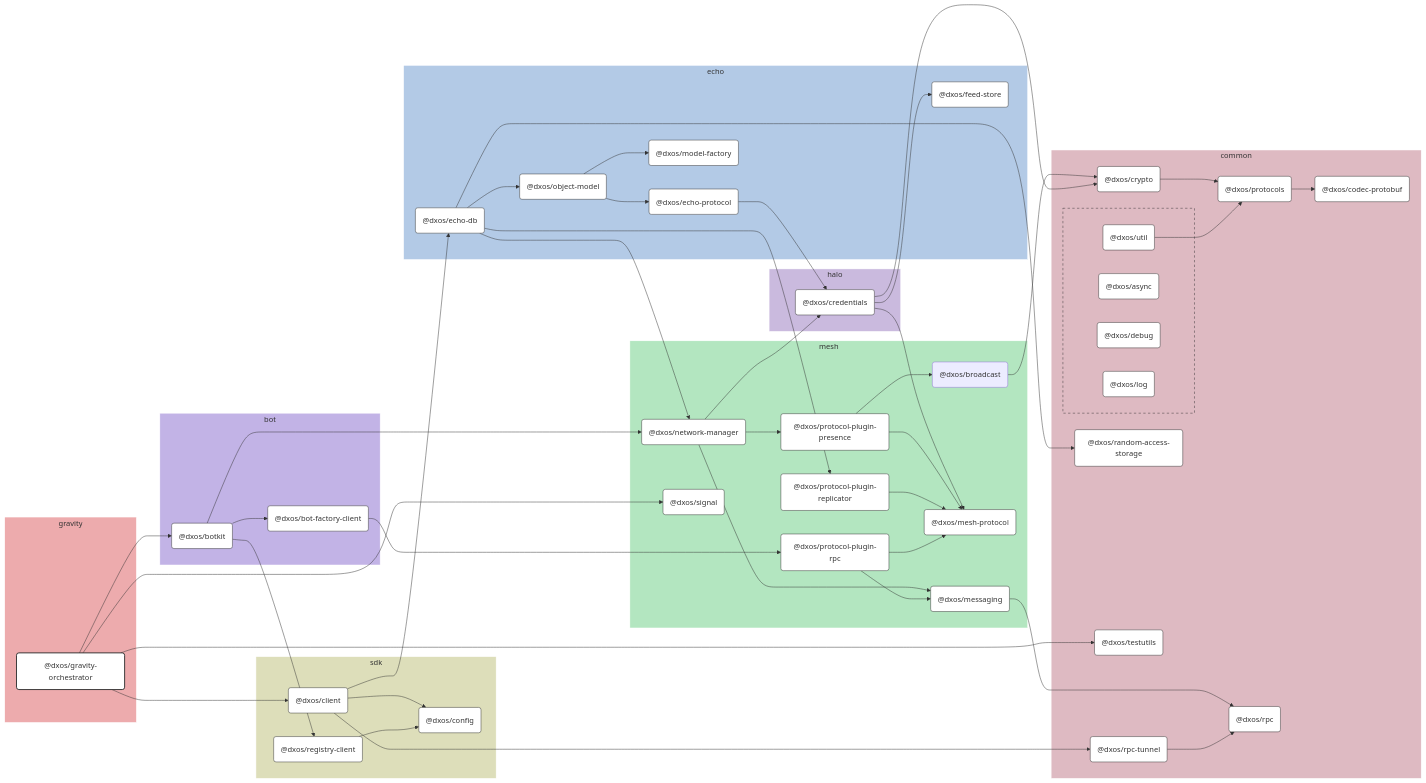
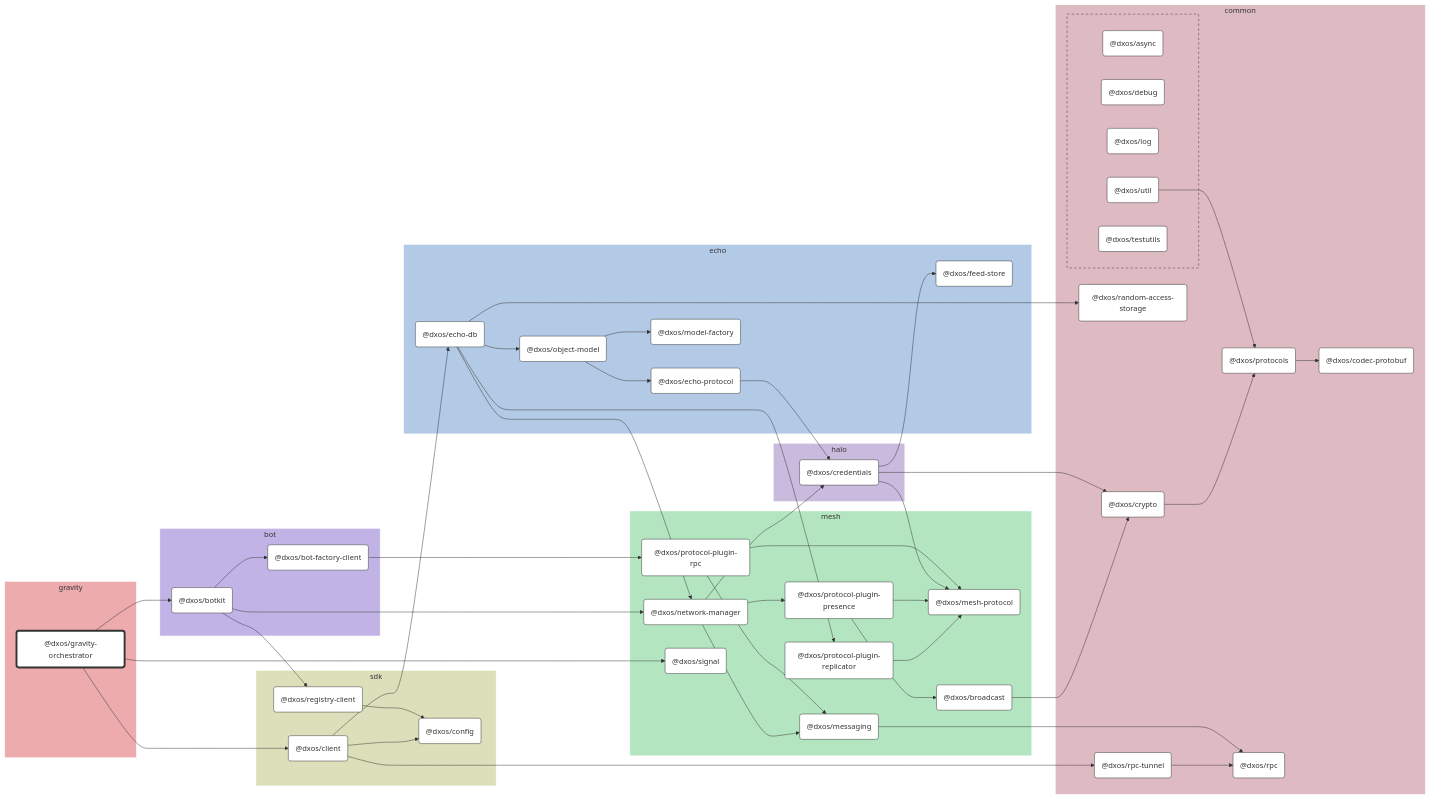
One commit to dxos/dxos changed the diagram in packages/gravity/orchestrator/docs/README.md. Above: the diagram before and after it, drawn with Mermaid. The commit also changed other lines of this file and 104 other files, not shown here.

````diff
--- a/packages/gravity/orchestrator/docs/README.md
+++ b/packages/gravity/orchestrator/docs/README.md
@@ -9,182 +9,141 @@
 
 flowchart LR
 
-%% Links
-dxos/bot-factory-client --> dxos/protocol-plugin-rpc;
-dxos/botkit --> dxos/bot-factory-client;
-dxos/botkit --> dxos/network-manager;
-dxos/botkit --> dxos/registry-client;
-dxos/broadcast --> dxos/crypto;
-dxos/client --> dxos/config;
-dxos/client --> dxos/echo-db;
-dxos/client --> dxos/rpc-tunnel;
-dxos/credentials --> dxos/crypto;
-dxos/credentials --> dxos/feed-store;
-dxos/credentials --> dxos/mesh-protocol;
-dxos/crypto --> dxos/protocols;
-dxos/echo-db --> dxos/network-manager;
-dxos/echo-db --> dxos/object-model;
-dxos/echo-db --> dxos/protocol-plugin-replicator;
-dxos/echo-db --> dxos/random-access-storage;
-dxos/echo-protocol --> dxos/credentials;
-dxos/gravity-orchestrator --> dxos/botkit;
-dxos/gravity-orchestrator --> dxos/client;
-dxos/gravity-orchestrator --> dxos/signal;
-dxos/gravity-orchestrator --> dxos/testutils;
-dxos/messaging --> dxos/rpc;
-dxos/network-manager --> dxos/credentials;
-dxos/network-manager --> dxos/messaging;
-dxos/network-manager --> dxos/protocol-plugin-presence;
-dxos/object-model --> dxos/echo-protocol;
-dxos/object-model --> dxos/model-factory;
-dxos/protocol-plugin-presence --> dxos/broadcast;
-dxos/protocol-plugin-presence --> dxos/mesh-protocol;
-dxos/protocol-plugin-replicator --> dxos/mesh-protocol;
-dxos/protocol-plugin-rpc --> dxos/mesh-protocol;
-dxos/protocol-plugin-rpc --> dxos/messaging;
-dxos/protocols --> dxos/codec-protobuf;
-dxos/registry-client --> dxos/config;
-dxos/rpc-tunnel --> dxos/rpc;
-dxos/util --> dxos/protocols;
+%% Classes
+classDef def fill:#fff,stroke:#333,stroke-width:1px
+classDef root fill:#fff,stroke:#333,stroke-width:4px
 
-%% Sections
-subgraph gravity
-  style gravity fill:#edabad,stroke:#fff;
+%% Nodes
 
-  dxos/gravity-orchestrator("@dxos/gravity-orchestrator")
+subgraph gravity [gravity]
+  style gravity fill:#edabad,stroke:#fff
+  dxos/gravity-orchestrator("@dxos/gravity-orchestrator"):::root
+  click dxos/gravity-orchestrator "dxos/dxos/tree/main/packages/gravity/orchestrator/docs"
 end
 
-subgraph bot
-  style bot fill:#c2b3e6,stroke:#fff;
-
-  dxos/bot-factory-client("@dxos/bot-factory-client")
-  dxos/botkit("@dxos/botkit")
+subgraph bot [bot]
+  style bot fill:#c2b3e6,stroke:#fff
+  dxos/bot-factory-client("@dxos/bot-factory-client"):::def
+  click dxos/bot-factory-client "dxos/dxos/tree/main/packages/bot/bot-factory-client/docs"
+  dxos/botkit("@dxos/botkit"):::def
+  click dxos/botkit "dxos/dxos/tree/main/packages/bot/botkit/docs"
 end
 
-subgraph common
-  style common fill:#debac2,stroke:#fff;
-
-  dxos/codec-protobuf("@dxos/codec-protobuf")
-  dxos/crypto("@dxos/crypto")
-  dxos/protocols("@dxos/protocols")
-  dxos/random-access-storage("@dxos/random-access-storage")
-  dxos/rpc("@dxos/rpc")
-  dxos/rpc-tunnel("@dxos/rpc-tunnel")
-  dxos/testutils("@dxos/testutils")
+subgraph common [common]
+  style common fill:#debac2,stroke:#fff
+  dxos/codec-protobuf("@dxos/codec-protobuf"):::def
+  click dxos/codec-protobuf "dxos/dxos/tree/main/packages/common/codec-protobuf/docs"
+  dxos/protocols("@dxos/protocols"):::def
+  click dxos/protocols "dxos/dxos/tree/main/packages/common/protocols/docs"
+  dxos/rpc("@dxos/rpc"):::def
+  click dxos/rpc "dxos/dxos/tree/main/packages/common/rpc/docs"
+  dxos/crypto("@dxos/crypto"):::def
+  click dxos/crypto "dxos/dxos/tree/main/packages/common/crypto/docs"
+  dxos/random-access-storage("@dxos/random-access-storage"):::def
+  click dxos/random-access-storage "dxos/dxos/tree/main/packages/common/random-access-storage/docs"
+  dxos/rpc-tunnel("@dxos/rpc-tunnel"):::def
+  click dxos/rpc-tunnel "dxos/dxos/tree/main/packages/common/rpc-tunnel/docs"
 
   subgraph common-excluded [ ]
-    style common-excluded fill:#debac2,stroke:#333,stroke-dasharray:5 5;
-
-    dxos/async("@dxos/async")
-    dxos/debug("@dxos/debug")
-    dxos/log("@dxos/log")
-    dxos/util("@dxos/util")
+    style common-excluded fill:#debac2,stroke:#333,stroke-dasharray:5 5
+    dxos/async("@dxos/async"):::def
+    click dxos/async "dxos/dxos/tree/main/packages/common/async/docs"
+    dxos/debug("@dxos/debug"):::def
+    click dxos/debug "dxos/dxos/tree/main/packages/common/debug/docs"
+    dxos/log("@dxos/log"):::def
+    click dxos/log "dxos/dxos/tree/main/packages/common/log/docs"
+    dxos/util("@dxos/util"):::def
+    click dxos/util "dxos/dxos/tree/main/packages/common/util/docs"
+    dxos/testutils("@dxos/testutils"):::def
+    click dxos/testutils "dxos/dxos/tree/main/packages/common/testutils/docs"
   end
 end
 
-subgraph mesh
-  style mesh fill:#b3e6c0,stroke:#fff;
-
-  dxos/broadcast("@dxos/broadcast")
-  dxos/mesh-protocol("@dxos/mesh-protocol")
-  dxos/messaging("@dxos/messaging")
-  dxos/network-manager("@dxos/network-manager")
-  dxos/protocol-plugin-presence("@dxos/protocol-plugin-presence")
-  dxos/protocol-plugin-replicator("@dxos/protocol-plugin-replicator")
-  dxos/protocol-plugin-rpc("@dxos/protocol-plugin-rpc")
-  dxos/signal("@dxos/signal")
+subgraph mesh [mesh]
+  style mesh fill:#b3e6c0,stroke:#fff
+  dxos/protocol-plugin-rpc("@dxos/protocol-plugin-rpc"):::def
+  click dxos/protocol-plugin-rpc "dxos/dxos/tree/main/packages/mesh/protocol-plugin-rpc/docs"
+  dxos/messaging("@dxos/messaging"):::def
+  click dxos/messaging "dxos/dxos/tree/main/packages/mesh/messaging/docs"
+  dxos/mesh-protocol("@dxos/mesh-protocol"):::def
+  click dxos/mesh-protocol "dxos/dxos/tree/main/packages/mesh/mesh-protocol/docs"
+  dxos/network-manager("@dxos/network-manager"):::def
+  click dxos/network-manager "dxos/dxos/tree/main/packages/mesh/network-manager/docs"
+  dxos/protocol-plugin-presence("@dxos/protocol-plugin-presence"):::def
+  click dxos/protocol-plugin-presence "dxos/dxos/tree/main/packages/mesh/protocol-plugin-presence/docs"
+  dxos/broadcast("@dxos/broadcast"):::def
+  click dxos/broadcast "dxos/dxos/tree/main/packages/mesh/broadcast/docs"
+  dxos/protocol-plugin-replicator("@dxos/protocol-plugin-replicator"):::def
+  click dxos/protocol-plugin-replicator "dxos/dxos/tree/main/packages/mesh/protocol-plugin-replicator/docs"
+  dxos/signal("@dxos/signal"):::def
+  click dxos/signal "dxos/dxos/tree/main/packages/mesh/signal/docs"
 end
 
-subgraph sdk
-  style sdk fill:#dddeba,stroke:#fff;
-
-  dxos/client("@dxos/client")
-  dxos/config("@dxos/config")
-  dxos/registry-client("@dxos/registry-client")
+subgraph sdk [sdk]
+  style sdk fill:#dddeba,stroke:#fff
+  dxos/config("@dxos/config"):::def
+  click dxos/config "dxos/dxos/tree/main/packages/sdk/config/docs"
+  dxos/registry-client("@dxos/registry-client"):::def
+  click dxos/registry-client "dxos/dxos/tree/main/packages/sdk/registry-client/docs"
+  dxos/client("@dxos/client"):::def
+  click dxos/client "dxos/dxos/tree/main/packages/sdk/client/docs"
 end
 
-subgraph halo
-  style halo fill:#cabade,stroke:#fff;
-
-  dxos/credentials("@dxos/credentials")
+subgraph halo [halo]
+  style halo fill:#cabade,stroke:#fff
+  dxos/credentials("@dxos/credentials"):::def
+  click dxos/credentials "dxos/dxos/tree/main/packages/halo/credentials/docs"
 end
 
-subgraph echo
-  style echo fill:#b3cae6,stroke:#fff;
-
-  dxos/echo-db("@dxos/echo-db")
-  dxos/echo-protocol("@dxos/echo-protocol")
-  dxos/feed-store("@dxos/feed-store")
-  dxos/model-factory("@dxos/model-factory")
-  dxos/object-model("@dxos/object-model")
+subgraph echo [echo]
+  style echo fill:#b3cae6,stroke:#fff
+  dxos/feed-store("@dxos/feed-store"):::def
+  click dxos/feed-store "dxos/dxos/tree/main/packages/echo/feed-store/docs"
+  dxos/echo-db("@dxos/echo-db"):::def
+  click dxos/echo-db "dxos/dxos/tree/main/packages/echo/echo-db/docs"
+  dxos/echo-protocol("@dxos/echo-protocol"):::def
+  click dxos/echo-protocol "dxos/dxos/tree/main/packages/echo/echo-protocol/docs"
+  dxos/model-factory("@dxos/model-factory"):::def
+  click dxos/model-factory "dxos/dxos/tree/main/packages/echo/model-factory/docs"
+  dxos/object-model("@dxos/object-model"):::def
+  click dxos/object-model "dxos/dxos/tree/main/packages/echo/object-model/docs"
 end
 
-
-%% Hyperlinks
-click dxos/async "dxos/dxos/tree/main/packages/common/async/docs";
-click dxos/bot-factory-client "dxos/dxos/tree/main/packages/bot/bot-factory-client/docs";
-click dxos/botkit "dxos/dxos/tree/main/packages/bot/botkit/docs";
-click dxos/client "dxos/dxos/tree/main/packages/sdk/client/docs";
-click dxos/codec-protobuf "dxos/dxos/tree/main/packages/common/codec-protobuf/docs";
-click dxos/config "dxos/dxos/tree/main/packages/sdk/config/docs";
-click dxos/credentials "dxos/dxos/tree/main/packages/halo/credentials/docs";
-click dxos/crypto "dxos/dxos/tree/main/packages/common/crypto/docs";
-click dxos/debug "dxos/dxos/tree/main/packages/common/debug/docs";
-click dxos/echo-db "dxos/dxos/tree/main/packages/echo/echo-db/docs";
-click dxos/echo-protocol "dxos/dxos/tree/main/packages/echo/echo-protocol/docs";
-click dxos/feed-store "dxos/dxos/tree/main/packages/echo/feed-store/docs";
-click dxos/log "dxos/dxos/tree/main/packages/common/log/docs";
-click dxos/mesh-protocol "dxos/dxos/tree/main/packages/mesh/mesh-protocol/docs";
-click dxos/messaging "dxos/dxos/tree/main/packages/mesh/messaging/docs";
-click dxos/model-factory "dxos/dxos/tree/main/packages/echo/model-factory/docs";
-click dxos/network-manager "dxos/dxos/tree/main/packages/mesh/network-manager/docs";
-click dxos/object-model "dxos/dxos/tree/main/packages/echo/object-model/docs";
-click dxos/protocol-plugin-presence "dxos/dxos/tree/main/packages/mesh/protocol-plugin-presence/docs";
-click dxos/protocol-plugin-replicator "dxos/dxos/tree/main/packages/mesh/protocol-plugin-replicator/docs";
-click dxos/protocol-plugin-rpc "dxos/dxos/tree/main/packages/mesh/protocol-plugin-rpc/docs";
-click dxos/protocols "dxos/dxos/tree/main/packages/common/protocols/docs";
-click dxos/random-access-storage "dxos/dxos/tree/main/packages/common/random-access-storage/docs";
-click dxos/registry-client "dxos/dxos/tree/main/packages/sdk/registry-client/docs";
-click dxos/rpc "dxos/dxos/tree/main/packages/common/rpc/docs";
-click dxos/rpc-tunnel "dxos/dxos/tree/main/packages/common/rpc-tunnel/docs";
-click dxos/signal "dxos/dxos/tree/main/packages/mesh/signal/docs";
-click dxos/testutils "dxos/dxos/tree/main/packages/common/testutils/docs";
-click dxos/util "dxos/dxos/tree/main/packages/common/util/docs";
-
-%% Styles
-classDef rootNode fill:#fff,stroke:#333,stroke-width:2px
-classDef defaultNode fill:#fff,stroke:#333,stroke-width:1px
+%% Links
 linkStyle default stroke:#333,stroke-width:1px
-
-dxos/gravity-orchestrator:::rootNode
-
-dxos/async:::defaultNode
-dxos/bot-factory-client:::defaultNode
-dxos/botkit:::defaultNode
-dxos/client:::defaultNode
-dxos/codec-protobuf:::defaultNode
-dxos/config:::defaultNode
-dxos/credentials:::defaultNode
-dxos/crypto:::defaultNode
-dxos/debug:::defaultNode
-dxos/echo-db:::defaultNode
-dxos/echo-protocol:::defaultNode
-dxos/feed-store:::defaultNode
-dxos/log:::defaultNode
-dxos/mesh-protocol:::defaultNode
-dxos/messaging:::defaultNode
-dxos/model-factory:::defaultNode
-dxos/network-manager:::defaultNode
-dxos/object-model:::defaultNode
-dxos/protocol-plugin-presence:::defaultNode
-dxos/protocol-plugin-replicator:::defaultNode
-dxos/protocol-plugin-rpc:::defaultNode
-dxos/protocols:::defaultNode
-dxos/random-access-storage:::defaultNode
-dxos/registry-client:::defaultNode
-dxos/rpc:::defaultNode
-dxos/rpc-tunnel:::defaultNode
-dxos/signal:::defaultNode
-dxos/testutils:::defaultNode
-dxos/util:::defaultNode
+dxos/bot-factory-client --> dxos/protocol-plugin-rpc
+dxos/protocol-plugin-rpc --> dxos/messaging
+dxos/protocols --> dxos/codec-protobuf
+dxos/messaging --> dxos/rpc
+dxos/util --> dxos/protocols
+dxos/protocol-plugin-rpc --> dxos/mesh-protocol
+dxos/gravity-orchestrator --> dxos/botkit
+dxos/botkit --> dxos/bot-factory-client
+dxos/crypto --> dxos/protocols
+dxos/botkit --> dxos/network-manager
+dxos/network-manager --> dxos/credentials
+dxos/credentials --> dxos/crypto
+dxos/credentials --> dxos/feed-store
+dxos/credentials --> dxos/mesh-protocol
+dxos/network-manager --> dxos/messaging
+dxos/network-manager --> dxos/protocol-plugin-presence
+dxos/protocol-plugin-presence --> dxos/broadcast
+dxos/broadcast --> dxos/crypto
+dxos/protocol-plugin-presence --> dxos/mesh-protocol
+dxos/botkit --> dxos/registry-client
+dxos/registry-client --> dxos/config
+dxos/gravity-orchestrator --> dxos/client
+dxos/client --> dxos/config
+dxos/client --> dxos/echo-db
+dxos/echo-protocol --> dxos/credentials
+dxos/echo-db --> dxos/network-manager
+dxos/echo-db --> dxos/object-model
+dxos/object-model --> dxos/echo-protocol
+dxos/object-model --> dxos/model-factory
+dxos/echo-db --> dxos/protocol-plugin-replicator
+dxos/protocol-plugin-replicator --> dxos/mesh-protocol
+dxos/echo-db --> dxos/random-access-storage
+dxos/client --> dxos/rpc-tunnel
+dxos/rpc-tunnel --> dxos/rpc
+dxos/gravity-orchestrator --> dxos/signal
 ```
````
